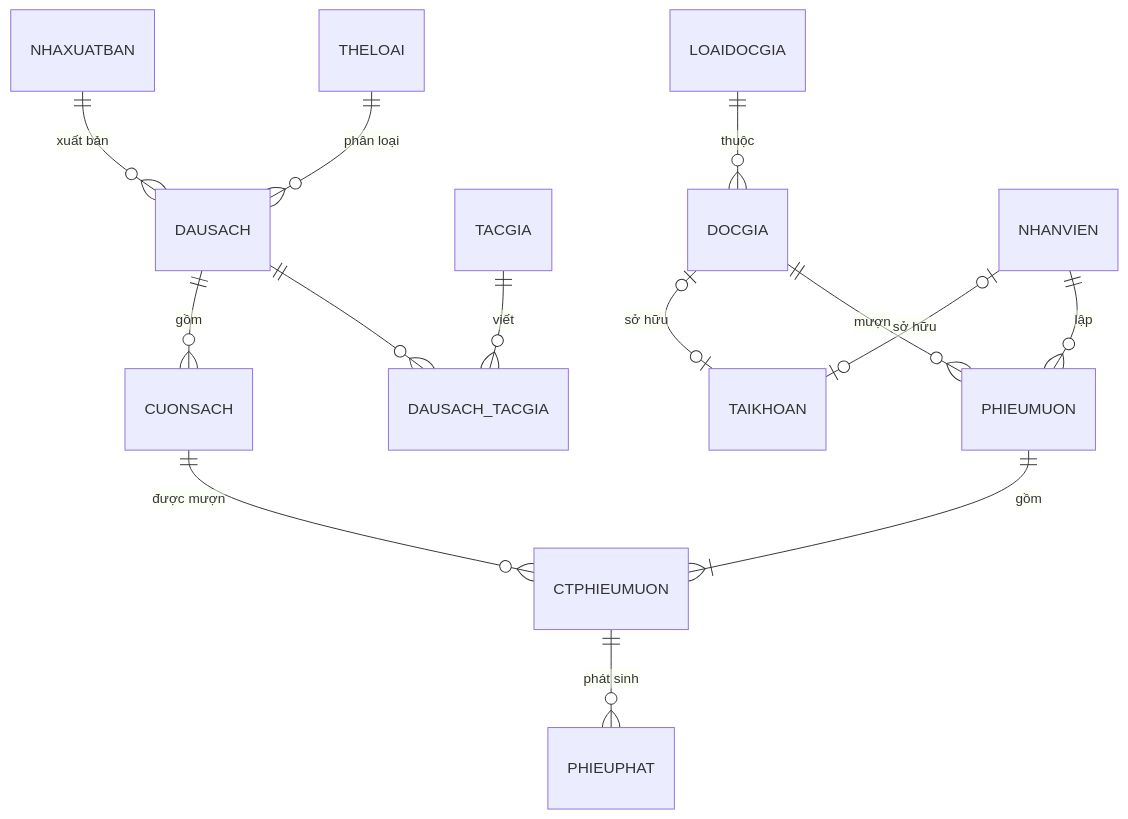
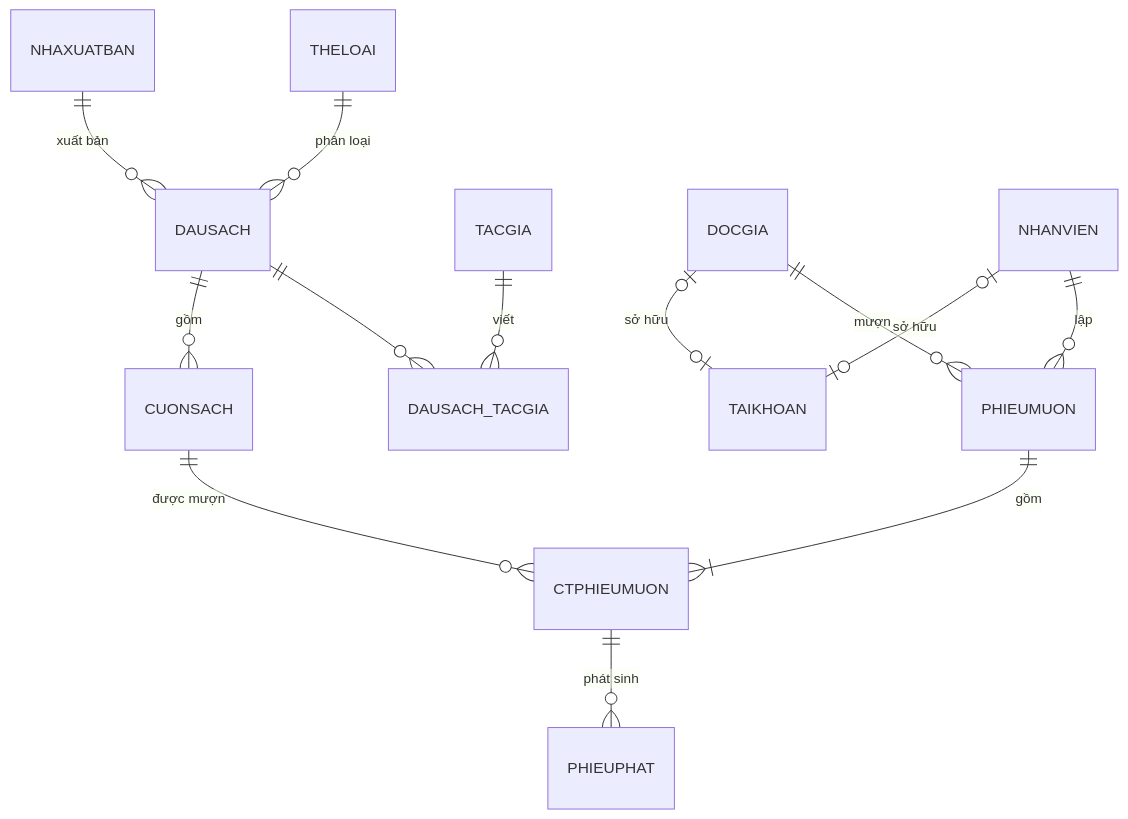
The diagram in README.md (429-too-many-deadlines/doan_nhom2__qltt), drawn with Mermaid before and after one commit. The commit also changed other lines of this file and 59 other files, not shown here.

````diff
--- a/README.md
+++ b/README.md
@@ -129,16 +127,15 @@
 ```mermaid
 erDiagram
     THELOAI ||--o{ DAUSACH : "phân loại"
     NHAXUATBAN ||--o{ DAUSACH : "xuất bản"
     DAUSACH ||--o{ DAUSACH_TACGIA : ""
     TACGIA ||--o{ DAUSACH_TACGIA : "viết"
     DAUSACH ||--o{ CUONSACH : "gồm"
-    LOAIDOCGIA ||--o{ DOCGIA : "thuộc"
     DOCGIA ||--o{ PHIEUMUON : "mượn"
     NHANVIEN ||--o{ PHIEUMUON : "lập"
     PHIEUMUON ||--|{ CTPHIEUMUON : "gồm"
     CUONSACH ||--o{ CTPHIEUMUON : "được mượn"
     CTPHIEUMUON ||--o{ PHIEUPHAT : "phát sinh"
     NHANVIEN |o--o| TAIKHOAN : "sở hữu"
     DOCGIA |o--o| TAIKHOAN : "sở hữu"
 ```
````
